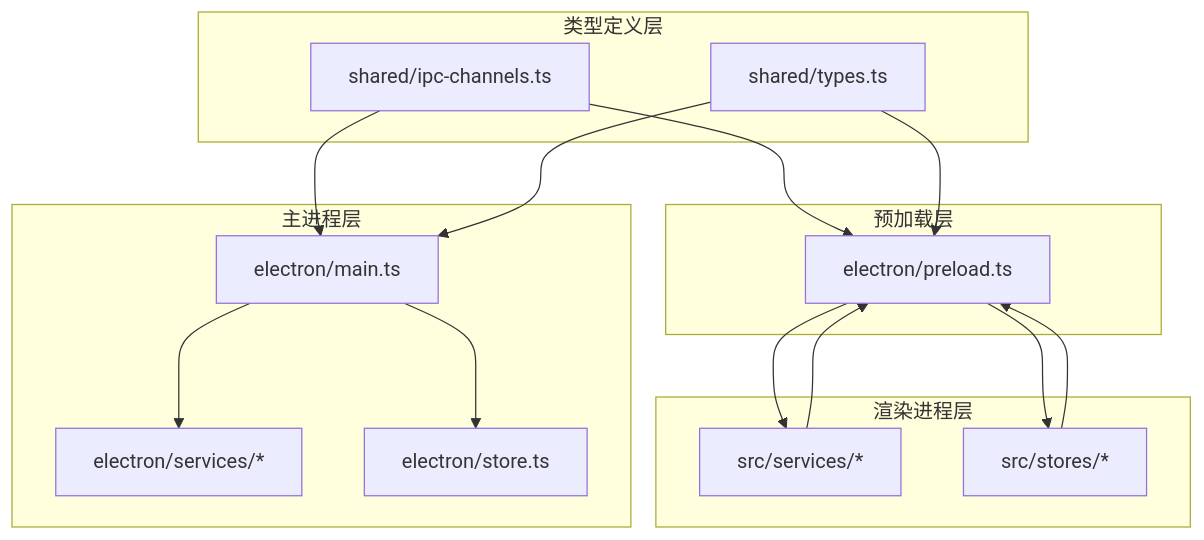
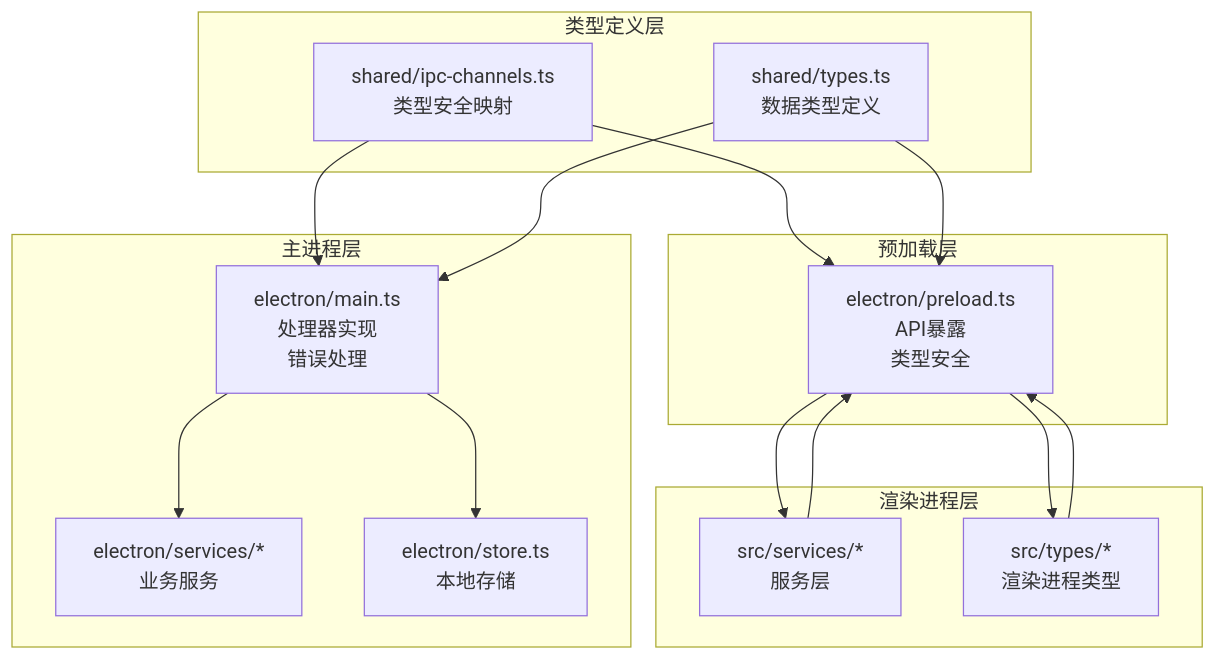
One commit to Siborne/OJFlow changed the seventh of 7 diagrams in .qoder/repowiki/zh/content/API参考/IPC通信API.md. Above: the diagram before and after it, drawn with Mermaid. The commit also changed other lines of this file and 12 other files, not shown here.

````diff
--- a/.qoder/repowiki/zh/content/API参考/IPC通信API.md
+++ b/.qoder/repowiki/zh/content/API参考/IPC通信API.md
@@ -251,29 +417,29 @@
 ```mermaid
 graph TB
 subgraph "类型定义层"
-TYPES["shared/types.ts"]
-CHANNELS["shared/ipc-channels.ts"]
+TYPES["shared/types.ts<br/>数据类型定义"]
+CHANNELS["shared/ipc-channels.ts<br/>类型安全映射"]
 end
 subgraph "预加载层"
-PRELOAD["electron/preload.ts"]
+PRELOAD["electron/preload.ts<br/>API暴露<br/>类型安全"]
 end
 subgraph "主进程层"
-MAIN["electron/main.ts"]
-SERVICES["electron/services/*"]
-STORE["electron/store.ts"]
+MAIN["electron/main.ts<br/>处理器实现<br/>错误处理"]
+SERVICES["electron/services/*<br/>业务服务"]
+STORE["electron/store.ts<br/>本地存储"]
 end
 subgraph "渲染进程层"
-RENDERER_SERVICES["src/services/*"]
-RENDERER_STORES["src/stores/*"]
+RENDERER_SERVICES["src/services/*<br/>服务层"]
+RENDERER_TYPES["src/types/*<br/>渲染进程类型"]
 end
 CHANNELS --> PRELOAD
 CHANNELS --> MAIN
 TYPES --> PRELOAD
 TYPES --> MAIN
 PRELOAD --> RENDERER_SERVICES
-PRELOAD --> RENDERER_STORES
+PRELOAD --> RENDERER_TYPES
 MAIN --> SERVICES
 MAIN --> STORE
 RENDERER_SERVICES --> PRELOAD
-RENDERER_STORES --> PRELOAD
+RENDERER_TYPES --> PRELOAD
 ```
````
